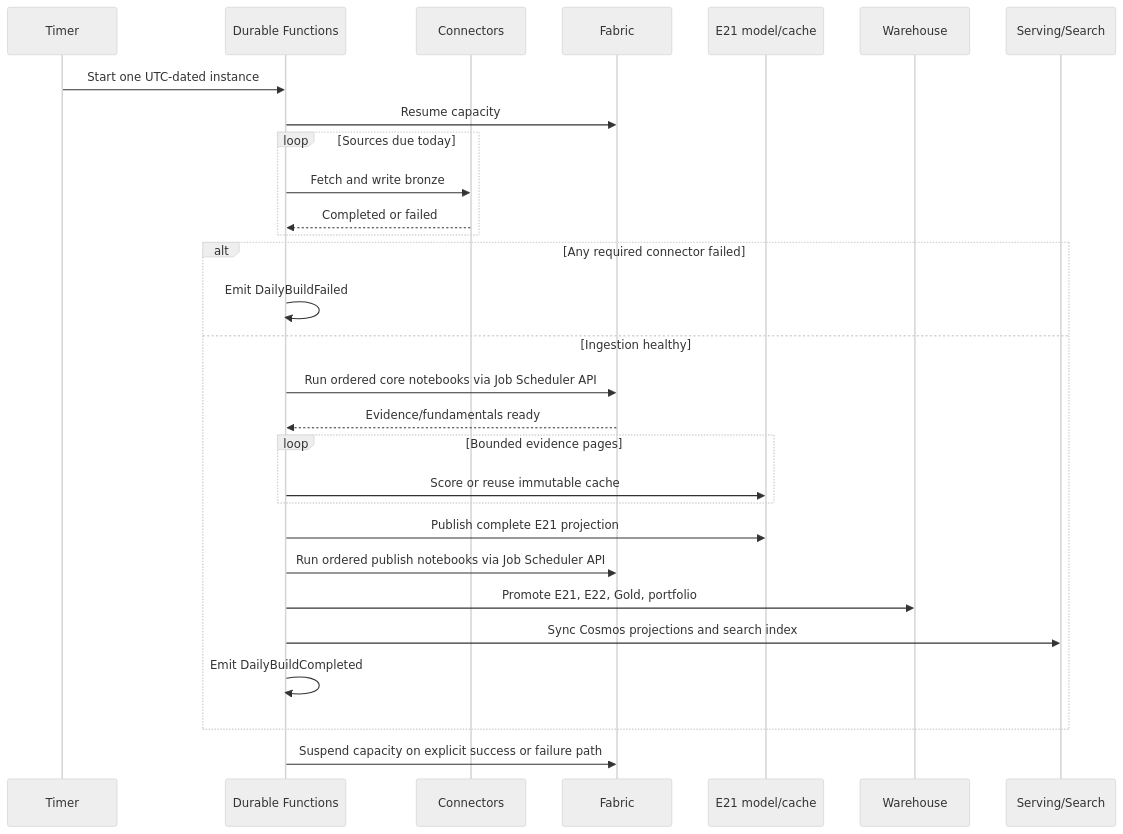
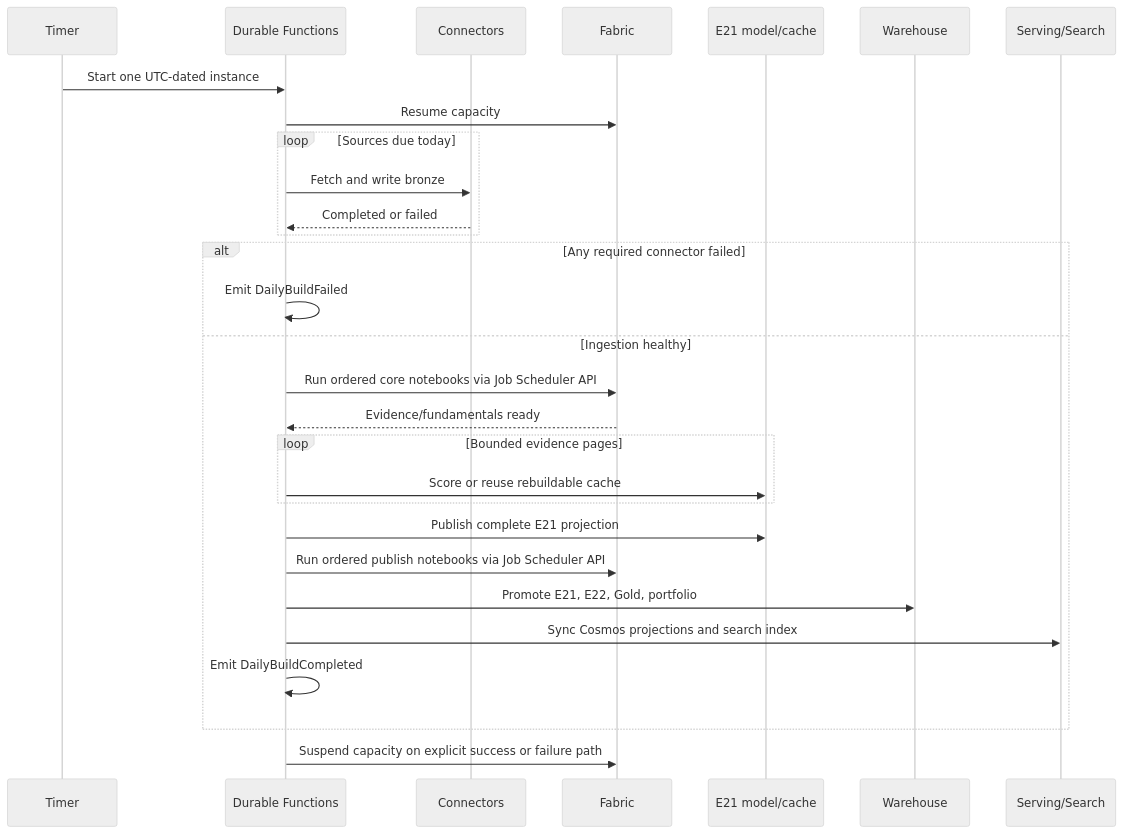
Before and after one commit to francesco-sodano/auspex: the third of 4 diagrams in doc/arc42-auspex.md, drawn with Mermaid (neutral theme). The commit also changed other lines of this file and 1 other file, not shown here.

````diff
--- a/doc/arc42-auspex.md
+++ b/doc/arc42-auspex.md
@@ -313,32 +334,32 @@
 ```mermaid
 sequenceDiagram
     participant T as Timer
     participant D as Durable Functions
     participant C as Connectors
     participant F as Fabric
     participant M as E21 model/cache
     participant W as Warehouse
     participant S as Serving/Search
 
     T->>D: Start one UTC-dated instance
     D->>F: Resume capacity
     loop Sources due today
         D->>C: Fetch and write bronze
         C-->>D: Completed or failed
     end
     alt Any required connector failed
         D->>D: Emit DailyBuildFailed
     else Ingestion healthy
         D->>F: Run ordered core notebooks via Job Scheduler API
         F-->>D: Evidence/fundamentals ready
         loop Bounded evidence pages
-            D->>M: Score or reuse immutable cache
+            D->>M: Score or reuse rebuildable cache
         end
         D->>M: Publish complete E21 projection
         D->>F: Run ordered publish notebooks via Job Scheduler API
         D->>W: Promote E21, E22, Gold, portfolio
         D->>S: Sync Cosmos projections and search index
         D->>D: Emit DailyBuildCompleted
     end
     D->>F: Suspend capacity on explicit success or failure path
 ```
````
